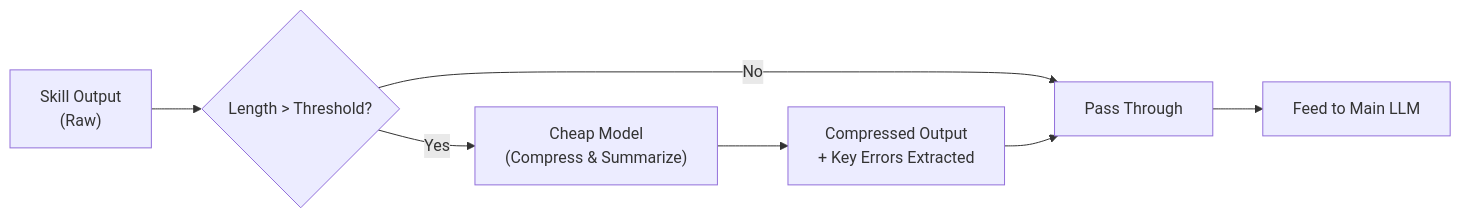
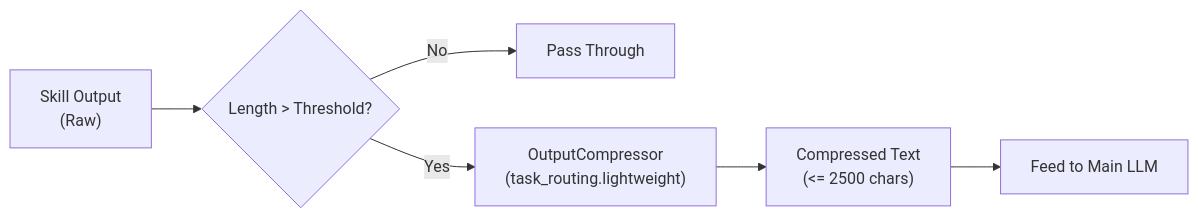
One commit to HypoxanthineOvO/Hypoxanthine-Agent changed the sixth of 6 diagrams in docs/architecture.md. Above: the diagram before and after it, drawn with Mermaid. The commit also changed other lines of this file and 24 other files, not shown here.

First line of the commit message:
M6: slash commands, output compressor, and routing improvements

````diff
--- a/docs/architecture.md
+++ b/docs/architecture.md
@@ -310,9 +312,8 @@
 ```mermaid
 graph LR
     A["Skill Output<br>(Raw)"] --> B{"Length > Threshold?"}
     B -->|No| C["Pass Through"]
-    B -->|Yes| D["Cheap Model<br>(Compress & Summarize)"]
-    D --> E["Compressed Output<br>+ Key Errors Extracted"]
-    E --> C
-    C --> F["Feed to Main LLM"]
+    B -->|Yes| D["OutputCompressor<br>(task_routing.lightweight)"]
+    D --> E["Compressed Text<br>(<= 2500 chars)"]
+    E --> F["Feed to Main LLM"]
 ```
````
